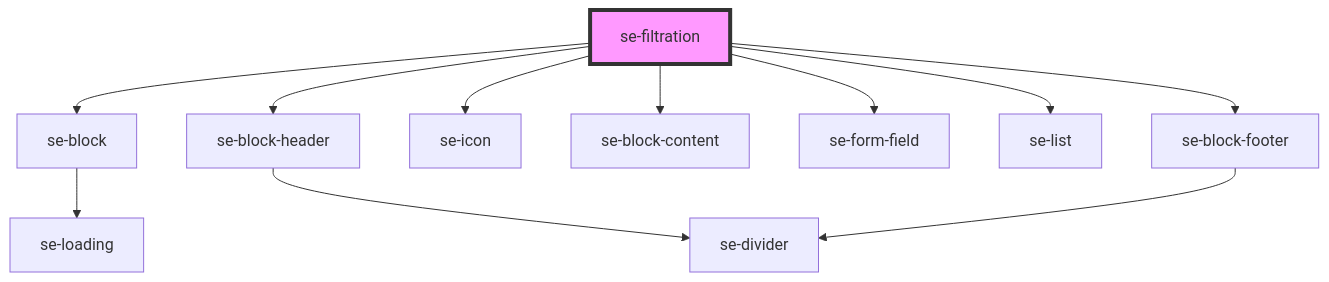
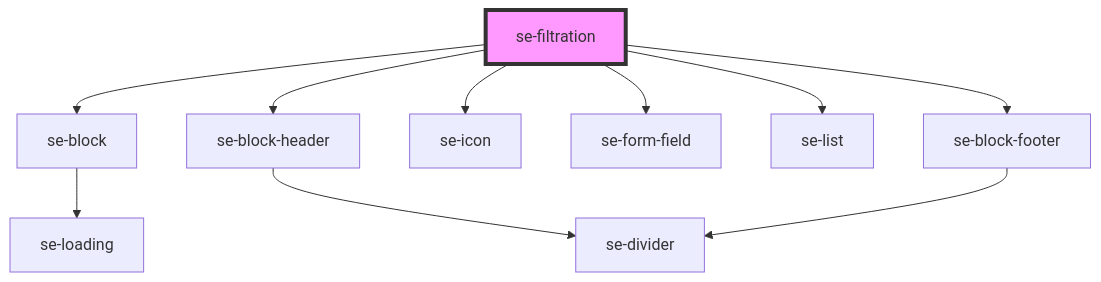
One commit to robbiemcmullense/se-web-ui changed the diagram in libs/core/src/components/filtration/readme.md. Above: the diagram before and after it, drawn with Mermaid. The commit also changed other lines of this file and 14 other files, not shown here.

````diff
--- a/libs/core/src/components/filtration/readme.md
+++ b/libs/core/src/components/filtration/readme.md
@@ -44,14 +49,13 @@
 ```mermaid
 graph TD;
   se-filtration --> se-block
   se-filtration --> se-block-header
   se-filtration --> se-icon
-  se-filtration --> se-block-content
   se-filtration --> se-form-field
   se-filtration --> se-list
   se-filtration --> se-block-footer
   se-block --> se-loading
   se-block-header --> se-divider
   se-block-footer --> se-divider
   style se-filtration fill:#f9f,stroke:#333,stroke-width:4px
 ```
````
